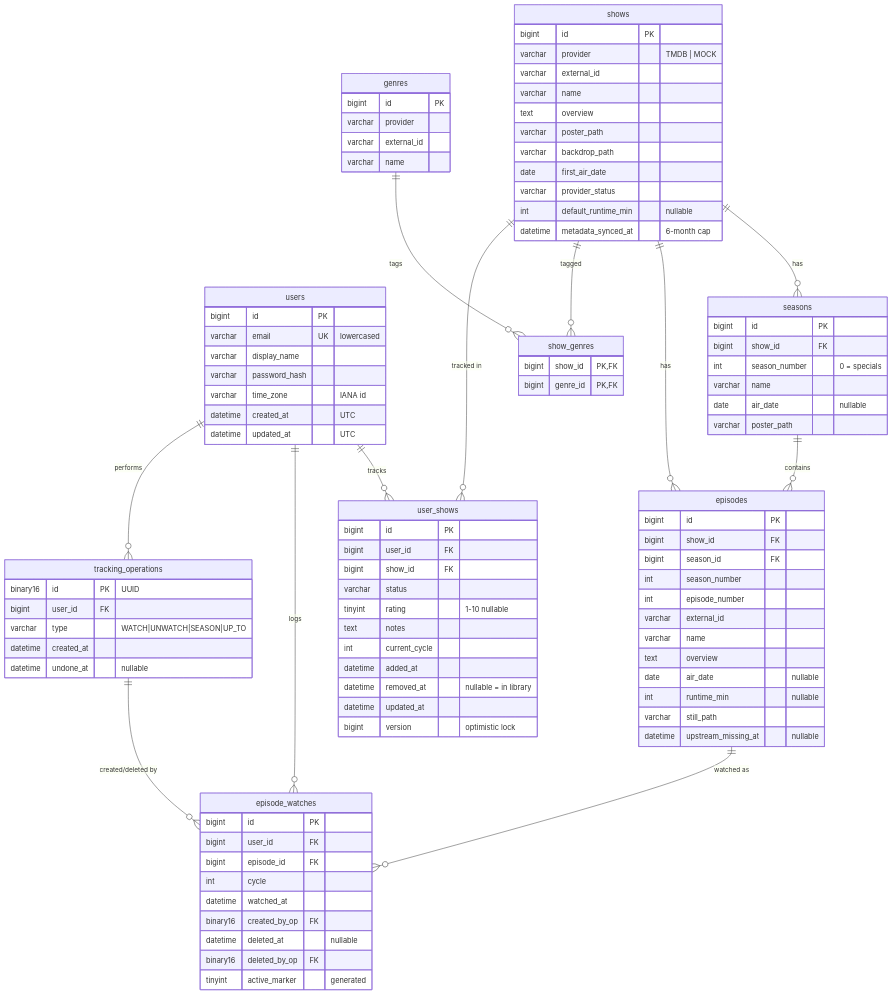
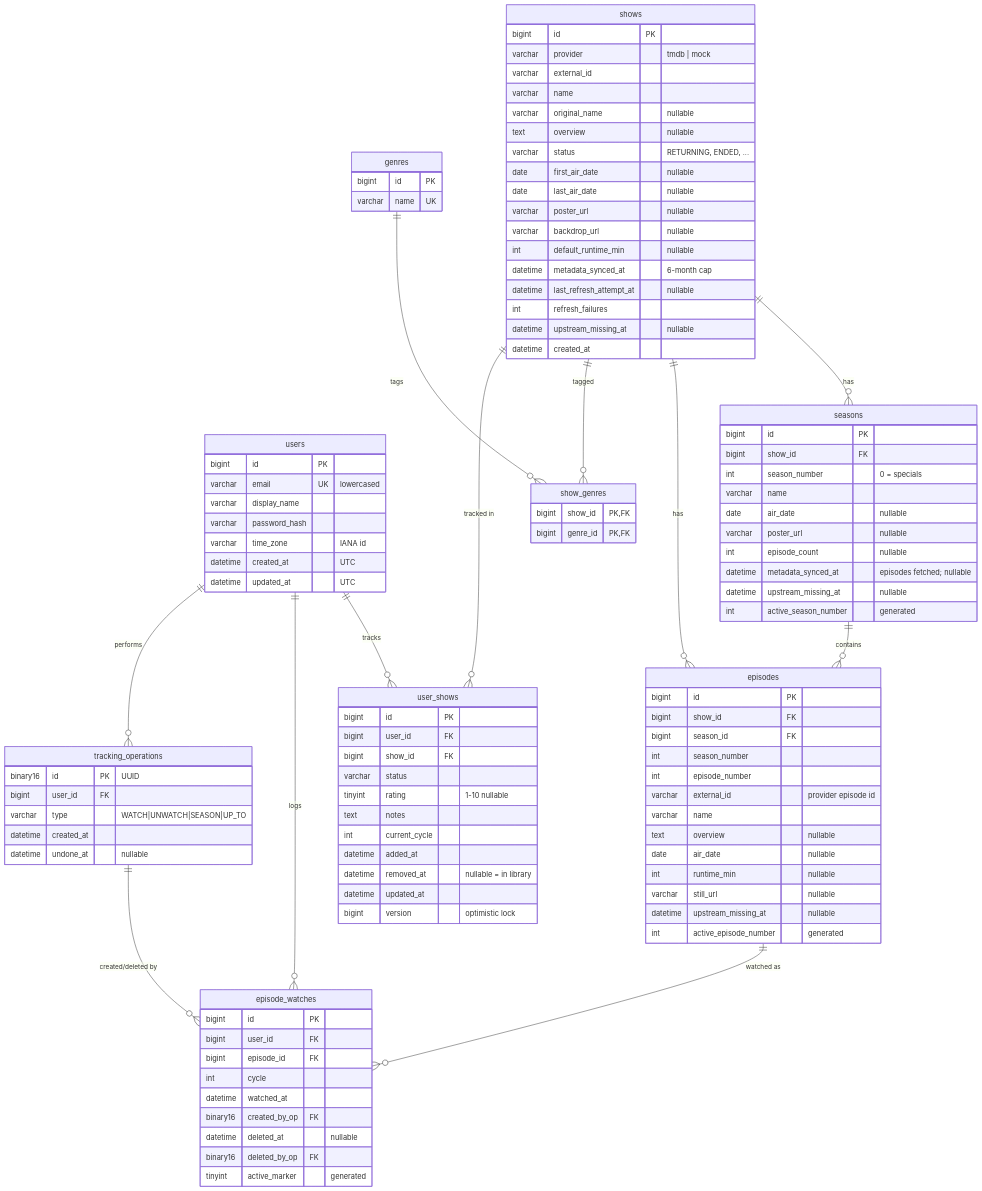
Before and after one commit to Chanaka02/Watchmark: the diagram in docs/data-model.md, drawn with Mermaid. The commit also changed other lines of this file and 32 other files, not shown here.

Commit message:
feat: store and refresh show metadata (Milestone 3)

```diff
--- a/docs/data-model.md
+++ b/docs/data-model.md
@@ -31,16 +32,22 @@
   }
   shows {
     bigint id PK
-    varchar provider "TMDB | MOCK"
+    varchar provider "tmdb | mock"
     varchar external_id
     varchar name
-    text overview
-    varchar poster_path
-    varchar backdrop_path
-    date first_air_date
-    varchar provider_status
+    varchar original_name "nullable"
+    text overview "nullable"
+    varchar status "RETURNING, ENDED, ..."
+    date first_air_date "nullable"
+    date last_air_date "nullable"
+    varchar poster_url "nullable"
+    varchar backdrop_url "nullable"
     int default_runtime_min "nullable"
     datetime metadata_synced_at "6-month cap"
+    datetime last_refresh_attempt_at "nullable"
+    int refresh_failures
+    datetime upstream_missing_at "nullable"
+    datetime created_at
   }
   seasons {
     bigint id PK
@@ -48,7 +55,11 @@
     int season_number "0 = specials"
     varchar name
     date air_date "nullable"
-    varchar poster_path
+    varchar poster_url "nullable"
+    int episode_count "nullable"
+    datetime metadata_synced_at "episodes fetched; nullable"
+    datetime upstream_missing_at "nullable"
+    int active_season_number "generated"
   }
   episodes {
     bigint id PK
@@ -56,19 +67,18 @@
     bigint season_id FK
     int season_number
     int episode_number
-    varchar external_id
+    varchar external_id "provider episode id"
     varchar name
-    text overview
+    text overview "nullable"
     date air_date "nullable"
     int runtime_min "nullable"
-    varchar still_path
+    varchar still_url "nullable"
     datetime upstream_missing_at "nullable"
+    int active_episode_number "generated"
   }
   genres {
     bigint id PK
-    varchar provider
-    varchar external_id
-    varchar name
+    varchar name UK
   }
   show_genres {
     bigint show_id PK,FK
```
